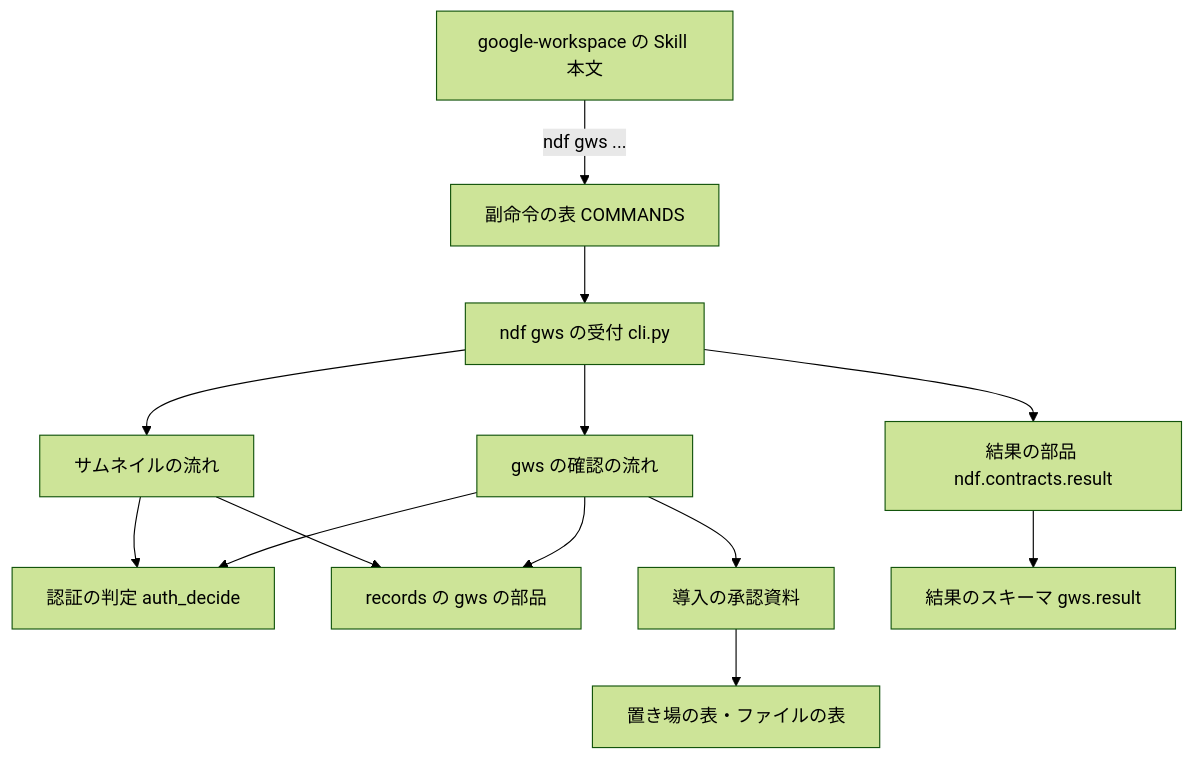
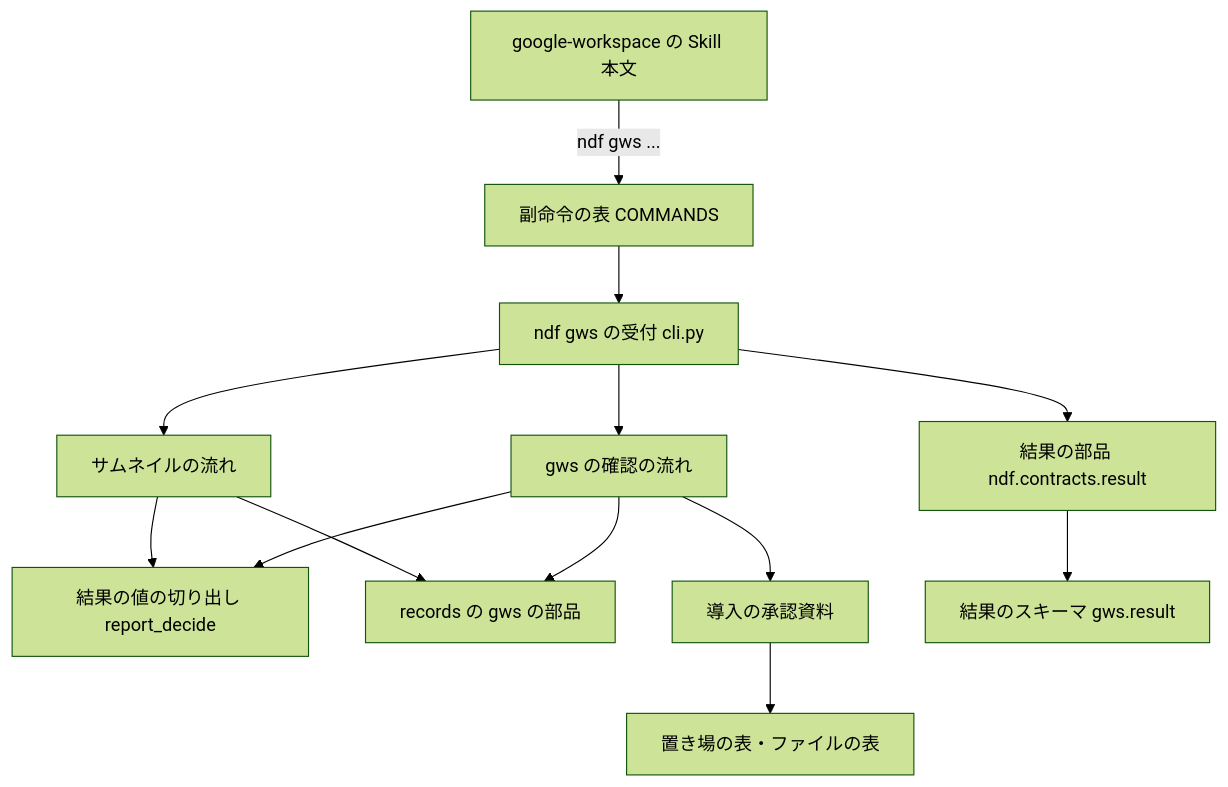
One commit to devbasex/ai-plugins changed the first of 3 diagrams in issues/issue-3547-design.md. Above: the diagram before and after it, drawn with Mermaid (forest theme). The commit also changed other lines of this file and 2 other files, not shown here.

````diff
--- a/issues/issue-3547-design.md
+++ b/issues/issue-3547-design.md
@@ -171,15 +172,15 @@
 ```mermaid
 graph TD
     skill["google-workspace の Skill 本文"] -->|ndf gws ...| table["副命令の表 COMMANDS"]
     table --> entry["ndf gws の受付 cli.py"]
     entry --> check["gws の確認の流れ"]
     entry --> thumbs["サムネイルの流れ"]
-    check --> decide["認証の判定 auth_decide"]
+    check --> decide["結果の値の切り出し report_decide"]
     thumbs --> decide
     check --> reader["records の gws の部品"]
     thumbs --> reader
     check --> material["導入の承認資料"]
     material --> places["置き場の表・ファイルの表"]
     entry --> result["結果の部品 ndf.contracts.result"]
     result --> schema["結果のスキーマ gws.result"]
 ```
````
